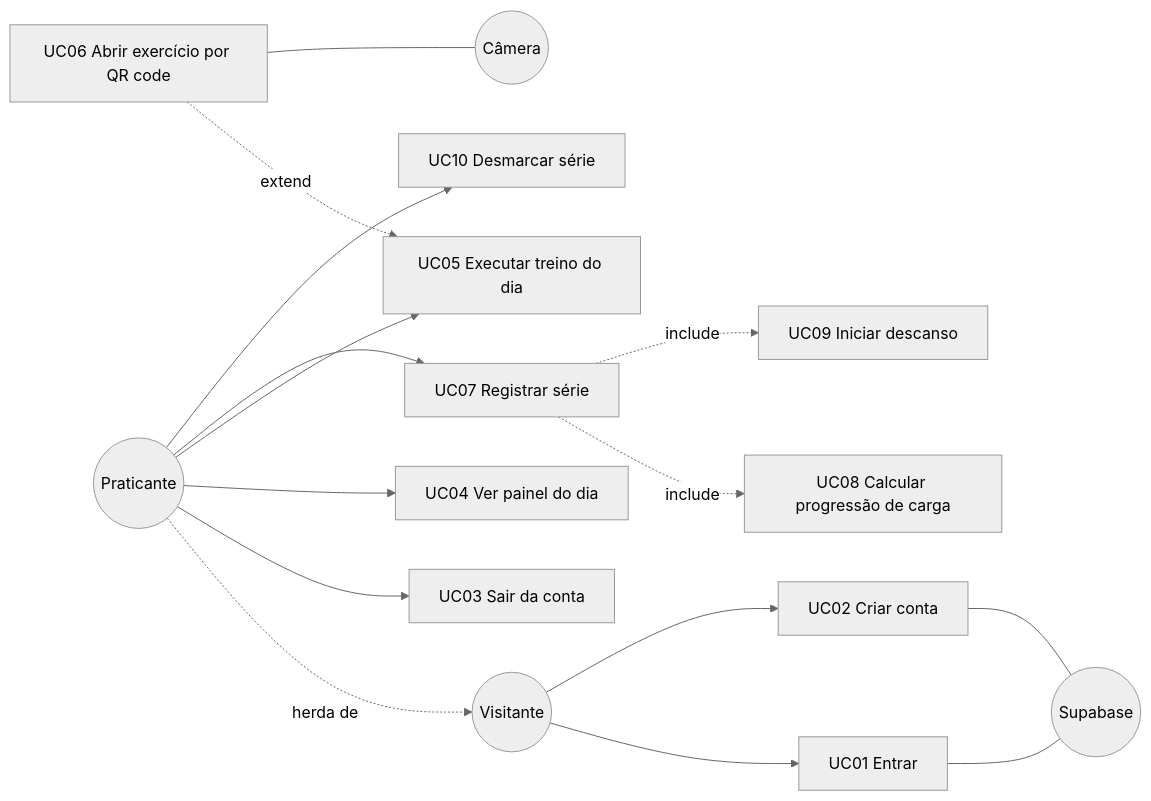
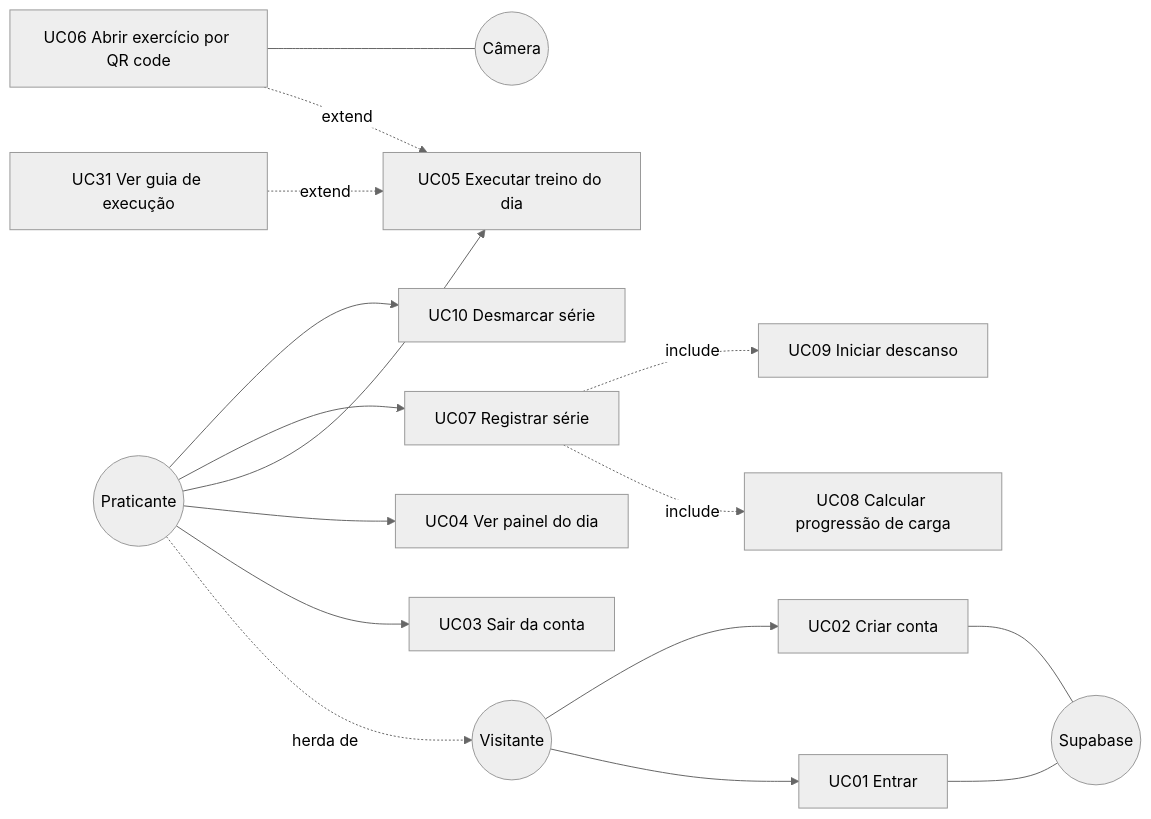
Before and after one commit to Pexiss-18/PX-Gym: the first of 5 diagrams in docs/02-casos-de-uso.md, drawn with Mermaid (neutral theme). The commit also changed other lines of this file and 20 other files, not shown here.

````diff
--- a/docs/02-casos-de-uso.md
+++ b/docs/02-casos-de-uso.md
@@ -24,23 +30,24 @@
 ```mermaid
 flowchart LR
     Visitante((Visitante))
     Praticante((Praticante))
     Camera((Câmera))
     Supabase((Supabase))
     Praticante -. herda de .-> Visitante
 
     Visitante --> UC01["UC01 Entrar"]
     Visitante --> UC02["UC02 Criar conta"]
     Praticante --> UC03["UC03 Sair da conta"]
     UC01 --- Supabase
     UC02 --- Supabase
 
     Praticante --> UC04["UC04 Ver painel do dia"]
     Praticante --> UC05["UC05 Executar treino do dia"]
     UC06["UC06 Abrir exercício por QR code"] -. extend .-> UC05
     UC06 --- Camera
+    UC31["UC31 Ver guia de execução"] -. extend .-> UC05
     Praticante --> UC07["UC07 Registrar série"]
     UC07 -. include .-> UC08["UC08 Calcular progressão de carga"]
     UC07 -. include .-> UC09["UC09 Iniciar descanso"]
     Praticante --> UC10["UC10 Desmarcar série"]
 ```
````
